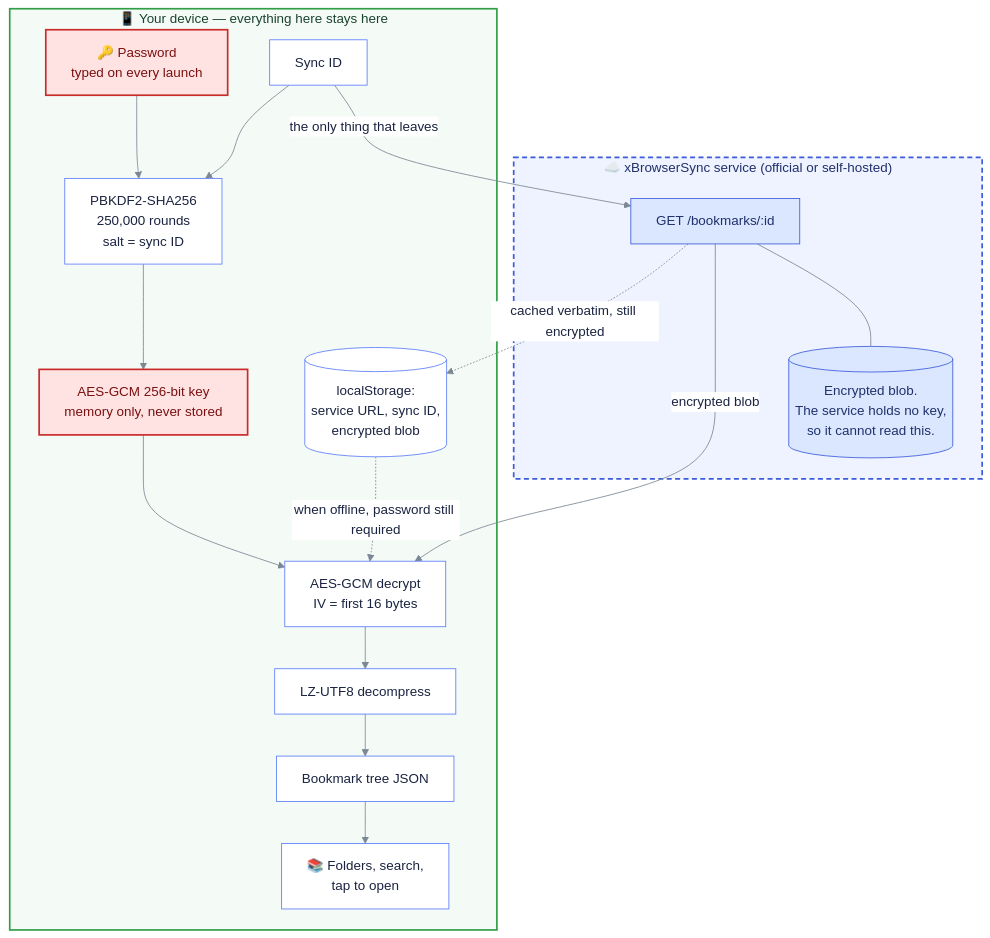
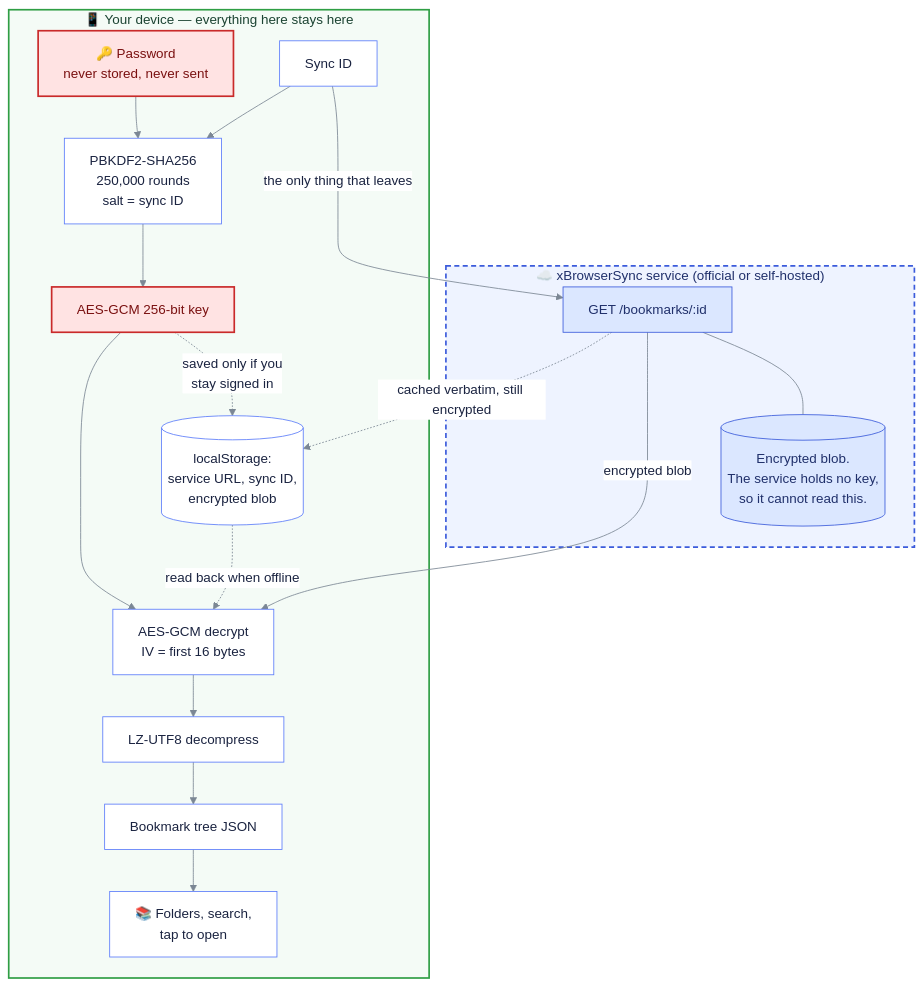
The diagram in README.md (npapatheodorou/xbs-pwa), drawn with Mermaid before and after one commit. The commit also changed other lines of this file and 7 other files, not shown here.

First line of the commit message:
Add "stay signed in" so the app remembers the login

````diff
--- a/README.md
+++ b/README.md
@@ -62,48 +83,49 @@
 ```mermaid
 %%{init: {"themeVariables": {"edgeLabelBackground": "#ffffff", "lineColor": "#7b8794", "textColor": "#1a2340"}}}%%
 flowchart TB
     subgraph cloud["☁️ xBrowserSync service (official or self-hosted)"]
         api["GET /bookmarks/:id"]
         db[("Encrypted blob.<br/>The service holds no key,<br/>so it cannot read this.")]
         api --- db
     end
 
     subgraph device["📱 Your device — everything here stays here"]
-        pw["🔑 Password<br/>typed on every launch"]
+        pw["🔑 Password<br/>never stored, never sent"]
         sid["Sync ID"]
         kdf["PBKDF2-SHA256<br/>250,000 rounds<br/>salt = sync ID"]
-        key["AES-GCM 256-bit key<br/>memory only, never stored"]
+        key["AES-GCM 256-bit key"]
         aes["AES-GCM decrypt<br/>IV = first 16 bytes"]
         lz["LZ-UTF8 decompress"]
         tree["Bookmark tree JSON"]
         ui["📚 Folders, search,<br/>tap to open"]
         store[("localStorage:<br/>service URL, sync ID,<br/>encrypted blob")]
     end
 
     sid -- "the only thing that leaves" --> api
     api -- "encrypted blob" --> aes
     api -. "cached verbatim, still encrypted" .-> store
-    store -. "when offline, password still required" .-> aes
+    store -. "read back when offline" .-> aes
+    key -. "saved only if you<br/>stay signed in" .-> store
 
     pw --> kdf
     sid --> kdf
     kdf --> key
     key --> aes
     aes --> lz
     lz --> tree
     tree --> ui
 
     %% Every node is styled explicitly so the diagram reads the same in
     %% GitHub's light and dark themes.
     classDef secret fill:#ffe3e3,stroke:#c92a2a,stroke-width:2px,color:#7a1010
     classDef remote fill:#dbe7ff,stroke:#3b5bdb,color:#20306b
     classDef local fill:#ffffff,stroke:#5c7cfa,color:#1a2340
     class pw,key secret
     class api,db remote
     class sid,kdf,aes,lz,tree,ui,store local
 
     %% Solid border = under your control; dashed = someone else's computer.
     %% The explicit colour keeps the titles legible in dark mode too.
     style device fill:#f4fbf6,stroke:#2f9e44,stroke-width:2px,color:#1b4332
     style cloud fill:#eef3ff,stroke:#3b5bdb,stroke-width:2px,stroke-dasharray:6 4,color:#20306b
 ```
````
